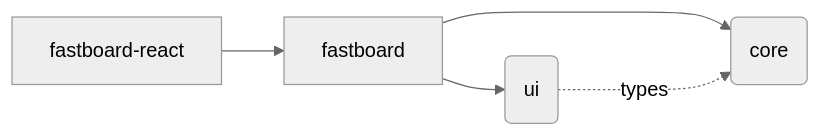
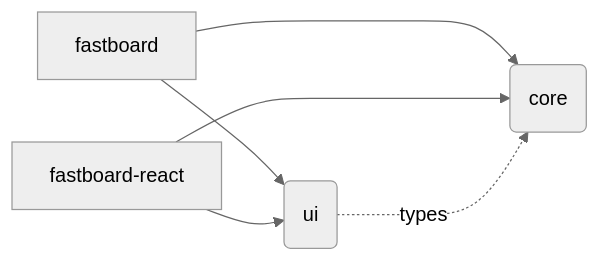
One commit to netless-io/fastboard changed the diagram in packages/README.md. Above: the diagram before and after it, drawn with Mermaid (neutral theme). The commit also changed other lines of this file and 132 other files, not shown here.

````diff
--- a/packages/README.md
+++ b/packages/README.md
@@ -17,7 +3,8 @@
 ```mermaid
 graph LR
   fastboard-->ui(ui)
   fastboard-->core(core)
-  fastboard-react-->fastboard
+  fastboard-react-->ui(ui)
+  fastboard-react-->core(core)
   ui-..->|types|core
 ```
````
